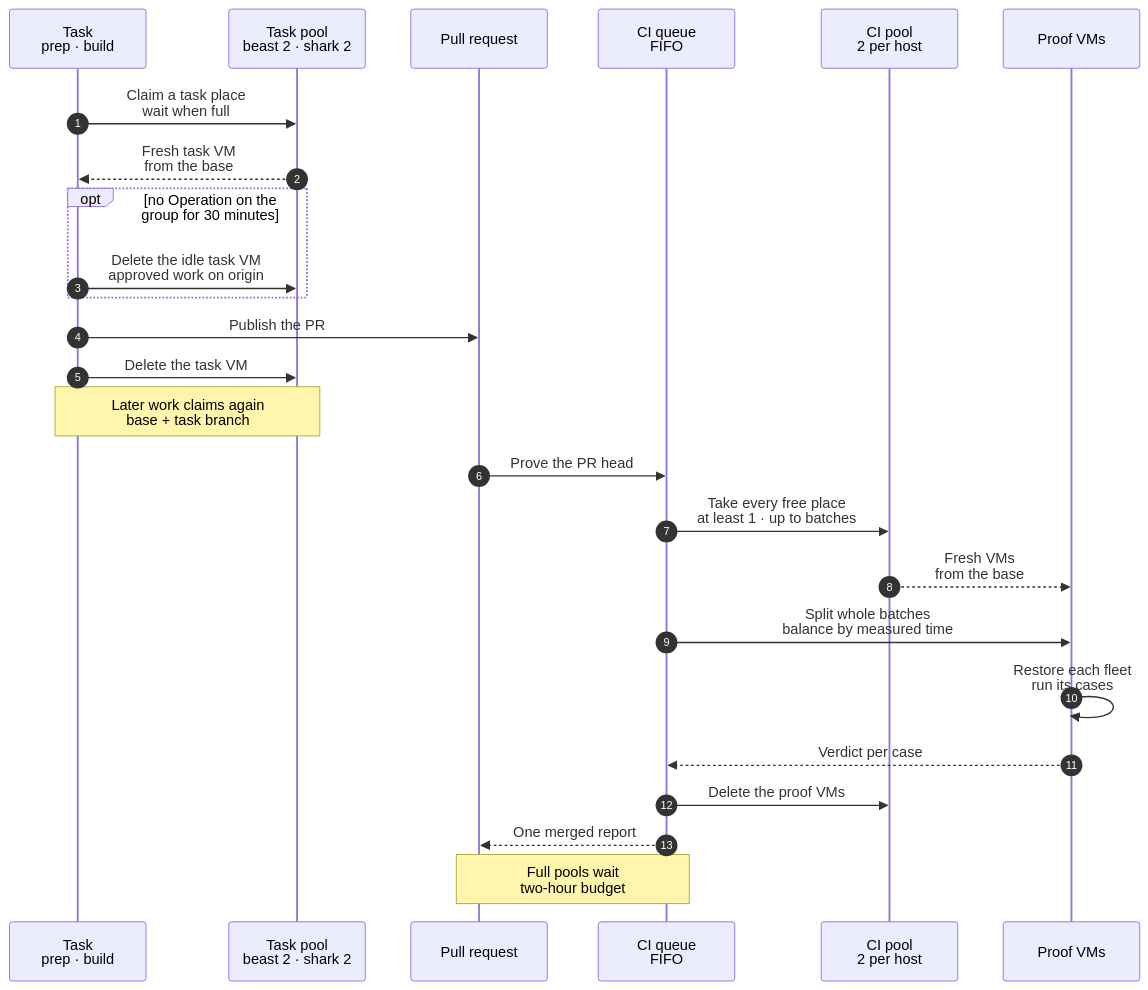
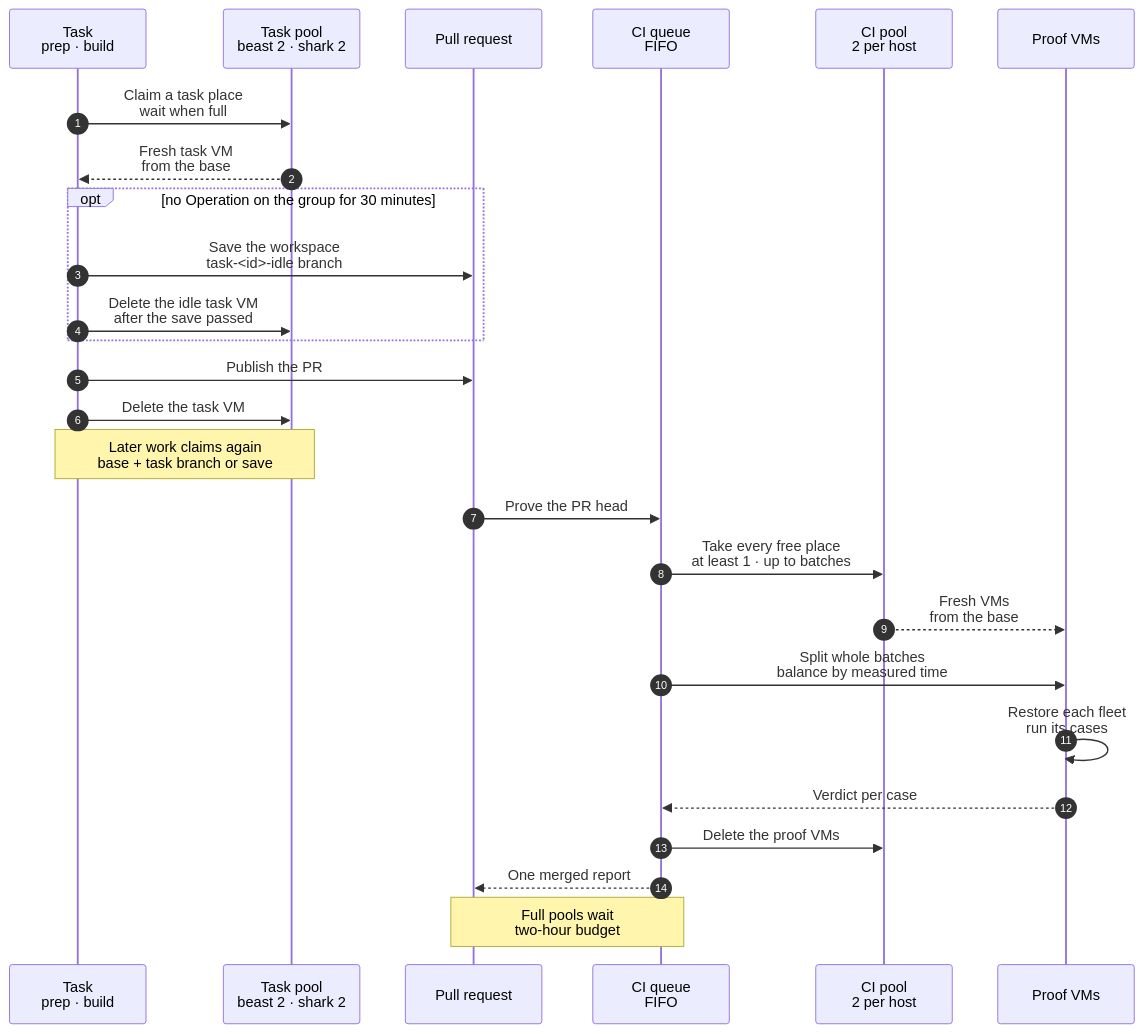
Before and after one commit to hardimpactdev/orbit: the diagram in docs/reference/pipeline/capacity-model.mmd, drawn with Mermaid. The commit also changed 5 other files, not shown here.

First line of the commit message:
docs(tasks): save an idle workspace to origin before its VM is released

```diff
--- a/docs/reference/pipeline/capacity-model.mmd
+++ b/docs/reference/pipeline/capacity-model.mmd
@@ -1,27 +1,28 @@
 sequenceDiagram
   %% status: draft
   %% kind: pipeline.capacity
   autonumber
   participant T as Task<br/>prep · build
   participant TP as Task pool<br/>beast 2 · shark 2
   participant PR as Pull request
   participant Q as CI queue<br/>FIFO
   participant CP as CI pool<br/>2 per host
   participant VM as Proof VMs
   T->>TP: Claim a task place<br/>wait when full
   TP-->>T: Fresh task VM<br/>from the base
   opt no Operation on the group for 30 minutes
-    T->>TP: Delete the idle task VM<br/>approved work on origin
+    T->>PR: Save the workspace<br/>task-<id>-idle branch
+    T->>TP: Delete the idle task VM<br/>after the save passed
   end
   T->>PR: Publish the PR
   T->>TP: Delete the task VM
-  Note over T,TP: Later work claims again<br/>base + task branch
+  Note over T,TP: Later work claims again<br/>base + task branch or save
   PR->>Q: Prove the PR head
   Q->>CP: Take every free place<br/>at least 1 · up to batches
   CP-->>VM: Fresh VMs<br/>from the base
   Q->>VM: Split whole batches<br/>balance by measured time
   VM->>VM: Restore each fleet<br/>run its cases
   VM-->>Q: Verdict per case
   Q->>CP: Delete the proof VMs
   Q-->>PR: One merged report
   Note over Q,PR: Full pools wait<br/>two-hour budget
```
